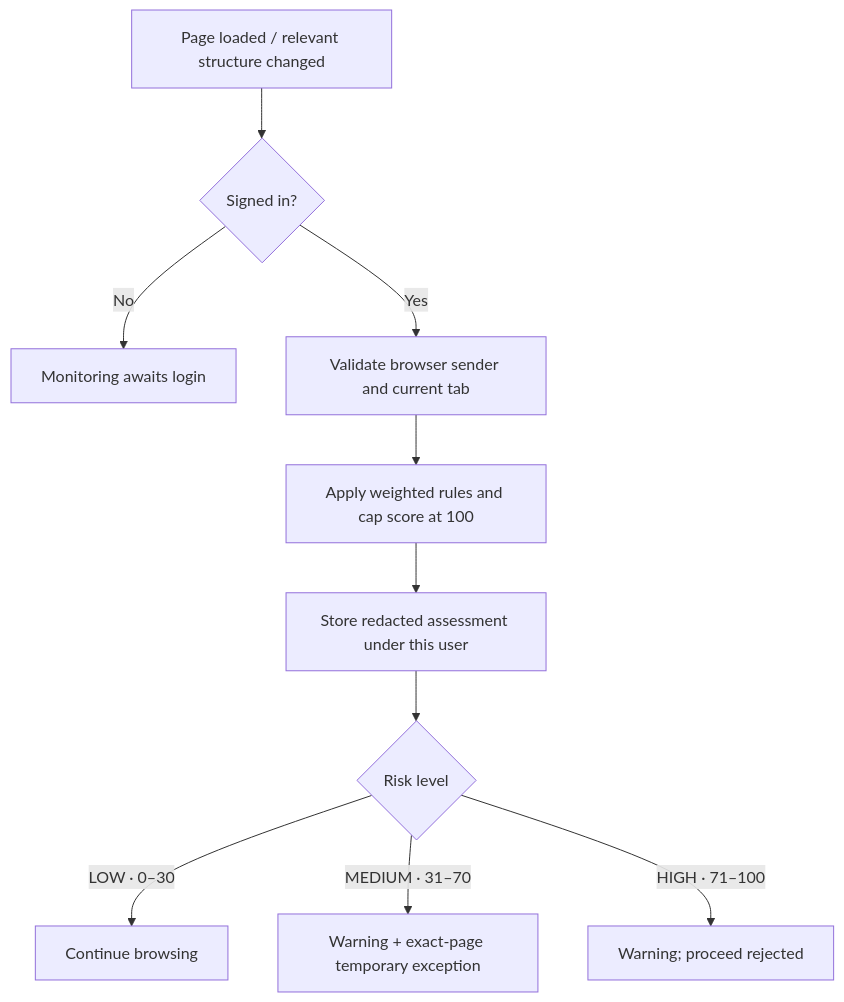
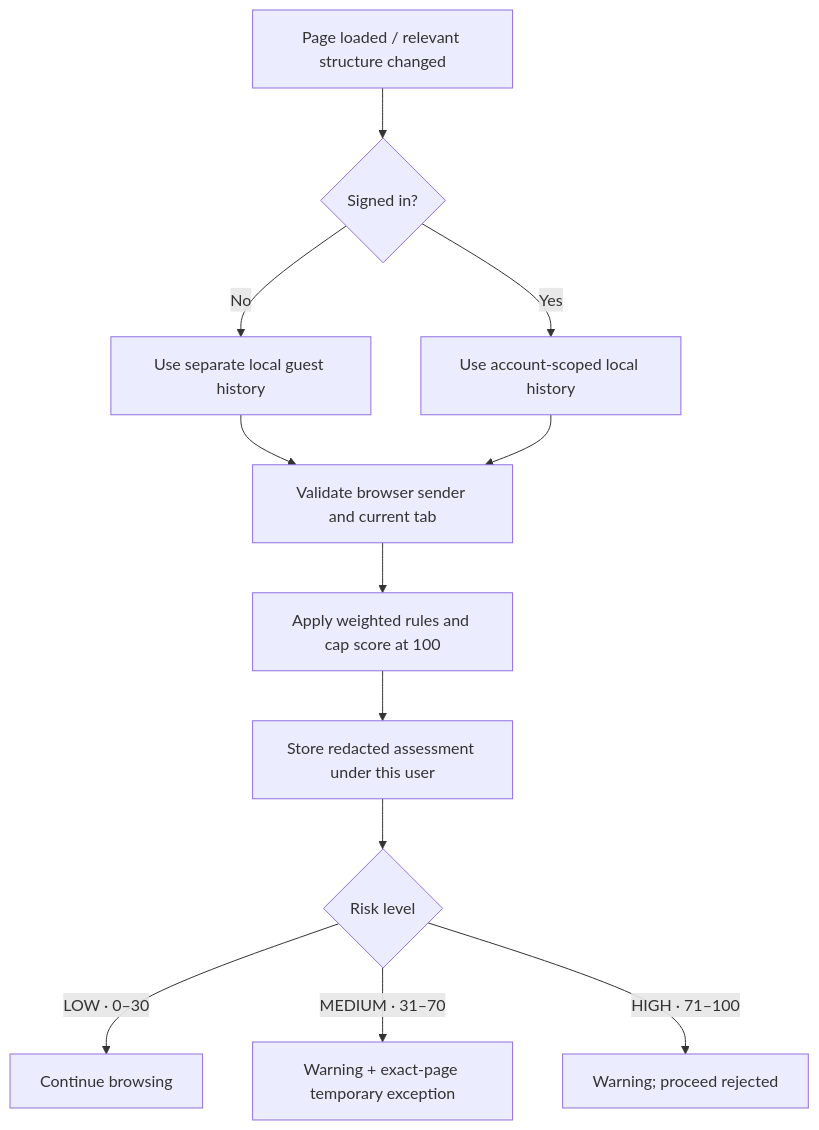
Before and after one commit to hossain0707/PhishGuard: the second of 3 diagrams in README.md, drawn with Mermaid. The commit also changed other lines of this file and 25 other files, not shown here.

````diff
--- a/README.md
+++ b/README.md
@@ -84,12 +84,14 @@
 ```mermaid
 flowchart TD
   Load["Page loaded / relevant structure changed"] --> Session{"Signed in?"}
-  Session -- No --> Idle["Monitoring awaits login"]
-  Session -- Yes --> Validate["Validate browser sender and current tab"]
+  Session -- No --> Guest["Use separate local guest history"]
+  Session -- Yes --> Account["Use account-scoped local history"]
+  Guest --> Validate["Validate browser sender and current tab"]
+  Account --> Validate
   Validate --> Score["Apply weighted rules and cap score at 100"]
   Score --> Save["Store redacted assessment under this user"]
   Save --> Risk{"Risk level"}
   Risk -- "LOW · 0–30" --> Continue["Continue browsing"]
   Risk -- "MEDIUM · 31–70" --> Choice["Warning + exact-page temporary exception"]
   Risk -- "HIGH · 71–100" --> Redirect["Warning; proceed rejected"]
 ```
````
